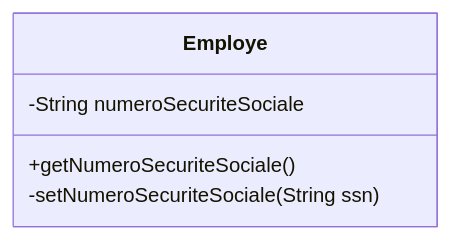
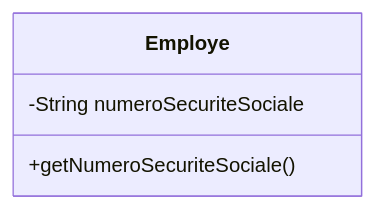
Before and after one commit to Mohammedazri/-DevoTeam---Training-POO----Design-Pattern: the third of 5 diagrams in README.md, drawn with Mermaid. The commit also changed other lines of this file, not shown here.

````diff
--- a/README.md
+++ b/README.md
@@ -105,8 +109,7 @@
 ```mermaid
 classDiagram
     class Employe{
         -String numeroSecuriteSociale
         +getNumeroSecuriteSociale()
-        -setNumeroSecuriteSociale(String ssn)
     }
 ```
````
